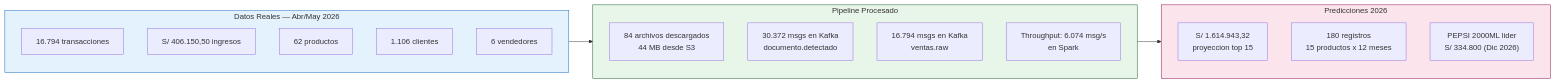
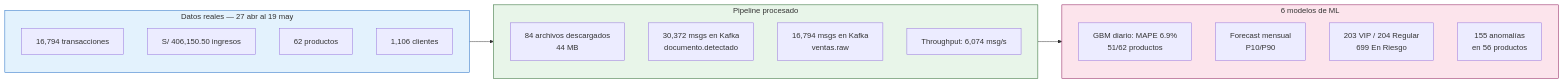
One commit to AlessandroPastor/BigData changed the diagram in docs/resultados/index.md. Above: the diagram before and after it, drawn with Mermaid. The commit also changed other lines of this file and 28 other files, not shown here.

````diff
--- a/docs/resultados/index.md
+++ b/docs/resultados/index.md
@@ -13,29 +13,29 @@
 ```mermaid
 flowchart LR
-    subgraph REAL["Datos Reales — Abr/May 2026"]
-        R1["16.794 transacciones"]
-        R2["S/ 406.150,50 ingresos"]
+    subgraph REAL["Datos reales — 27 abr al 19 may"]
+        R1["16,794 transacciones"]
+        R2["S/ 406,150.50 ingresos"]
         R3["62 productos"]
-        R4["1.106 clientes"]
-        R5["6 vendedores"]
+        R4["1,106 clientes"]
     end
 
-    subgraph PIPELINE["Pipeline Procesado"]
-        P1["84 archivos descargados\n44 MB desde S3"]
-        P2["30.372 msgs en Kafka\ndocumento.detectado"]
-        P3["16.794 msgs en Kafka\nventas.raw"]
-        P4["Throughput: 6.074 msg/s\nen Spark"]
+    subgraph PIPELINE["Pipeline procesado"]
+        P1["84 archivos descargados\n44 MB"]
+        P2["30,372 msgs en Kafka\ndocumento.detectado"]
+        P3["16,794 msgs en Kafka\nventas.raw"]
+        P4["Throughput: 6,074 msg/s"]
     end
 
-    subgraph ML_OUT["Predicciones 2026"]
-        M1["S/ 1.614.943,32\nproyeccion top 15"]
-        M2["180 registros\n15 productos x 12 meses"]
-        M3["PEPSI 2000ML lider\nS/ 334.800 (Dic 2026)"]
+    subgraph ML_OUT["6 modelos de ML"]
+        M1["GBM diario: MAPE 6.9%\n51/62 productos"]
+        M2["Forecast mensual\nP10/P90"]
+        M3["203 VIP / 204 Regular\n699 En Riesgo"]
+        M4["155 anomalías\nen 56 productos"]
     end
 
     REAL --> PIPELINE --> ML_OUT
 
     style REAL fill:#E3F2FD,stroke:#1565C0
     style PIPELINE fill:#E8F5E9,stroke:#1B5E20
     style ML_OUT fill:#FCE4EC,stroke:#880E4F
 ```
````
